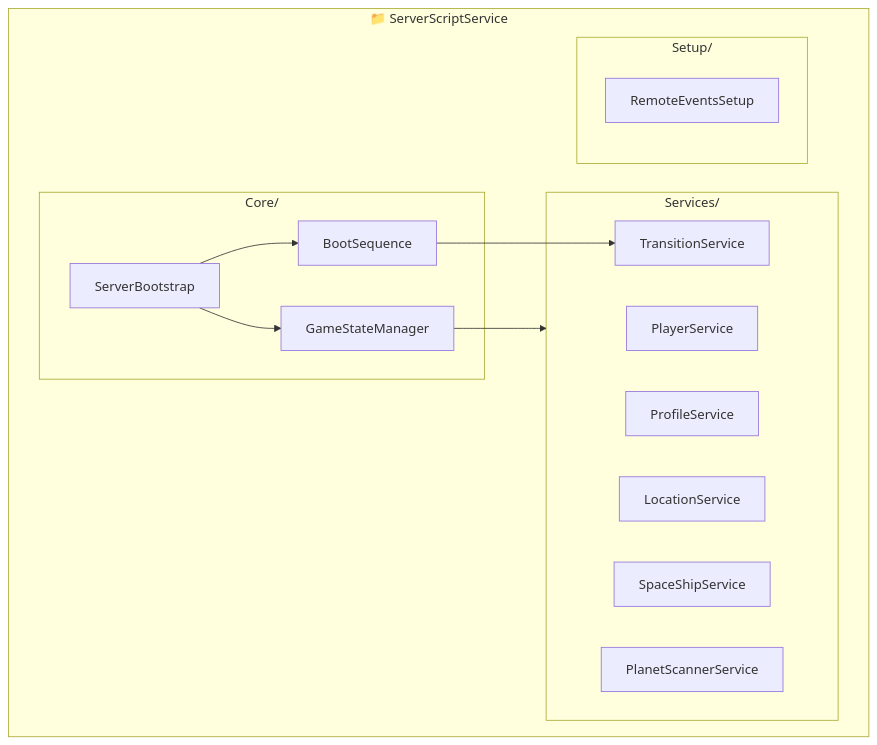
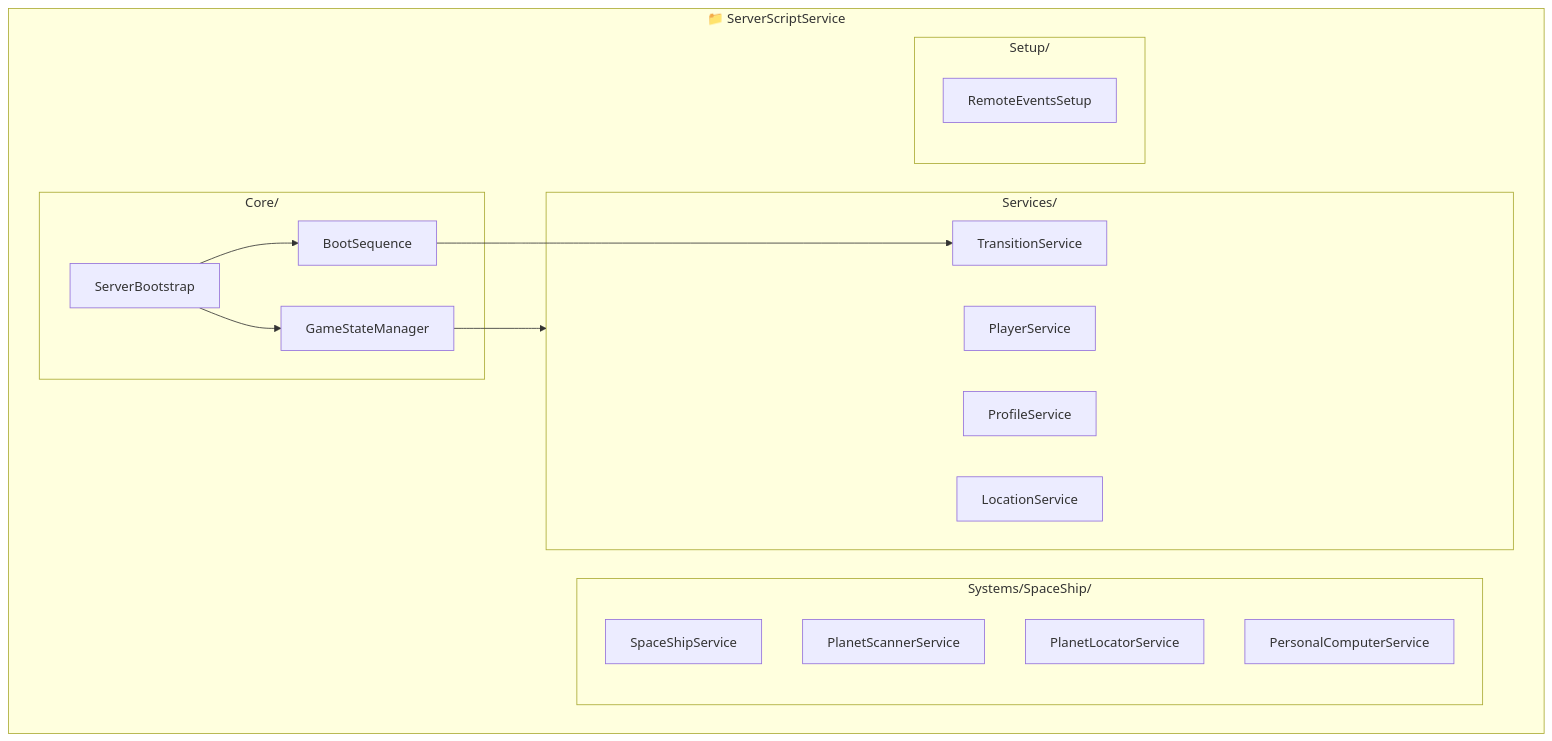
The second of 11 diagrams in Docs/TechDesign/FOLDER_STRUCTURE.md (nick-fedchik/CallOfRelics), drawn with Mermaid before and after one commit. The commit also changed other lines of this file and 8 other files, not shown here.

First line of the commit message:
refactor: Move SpaceShip services from Services/ to Systems/SpaceShip/

````diff
--- a/Docs/TechDesign/FOLDER_STRUCTURE.md
+++ b/Docs/TechDesign/FOLDER_STRUCTURE.md
@@ -55,28 +55,33 @@
 ```mermaid
 flowchart TB
     subgraph SSS["📁 ServerScriptService"]
         subgraph Core["Core/"]
             GSM[GameStateManager]
             BS[BootSequence]
             SB[ServerBootstrap]
         end
 
         subgraph Services["Services/"]
             PS[PlayerService]
             PRS[ProfileService]
             LS[LocationService]
             TS[TransitionService]
+        end
+
+        subgraph Systems["Systems/SpaceShip/"]
             SSS2[SpaceShipService]
             PSS[PlanetScannerService]
+            PLOCS[PlanetLocatorService]
+            PCS[PersonalComputerService]
         end
 
         subgraph Setup["Setup/"]
             RES[RemoteEventsSetup]
         end
     end
 
     SB --> GSM
     SB --> BS
     GSM --> Services
     BS --> TS
 ```
````
